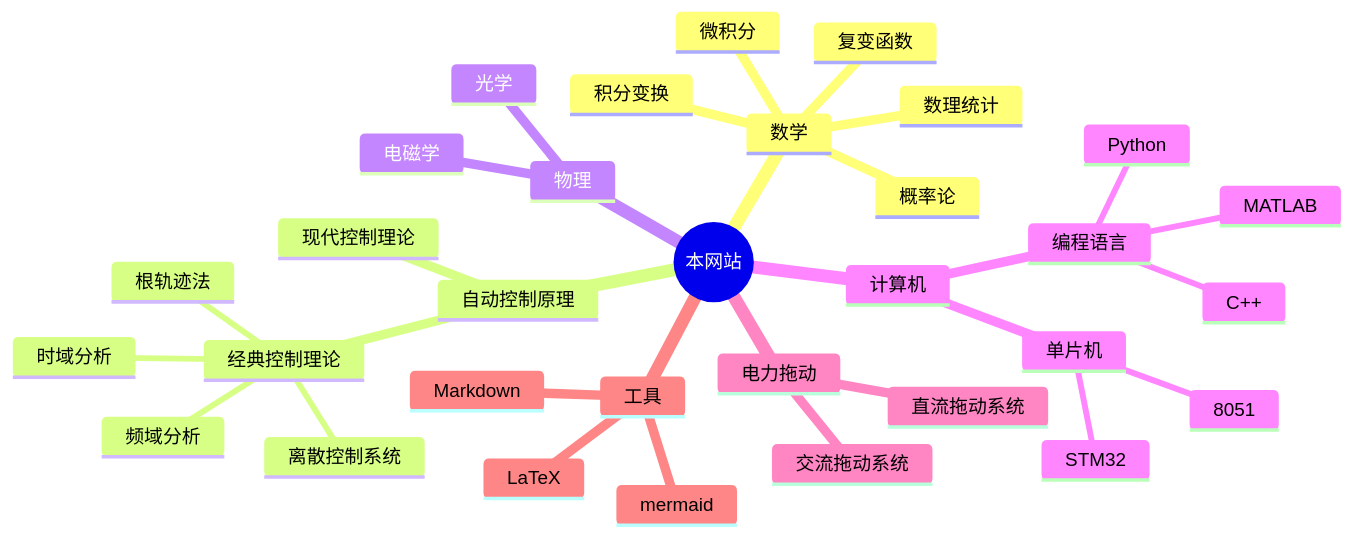
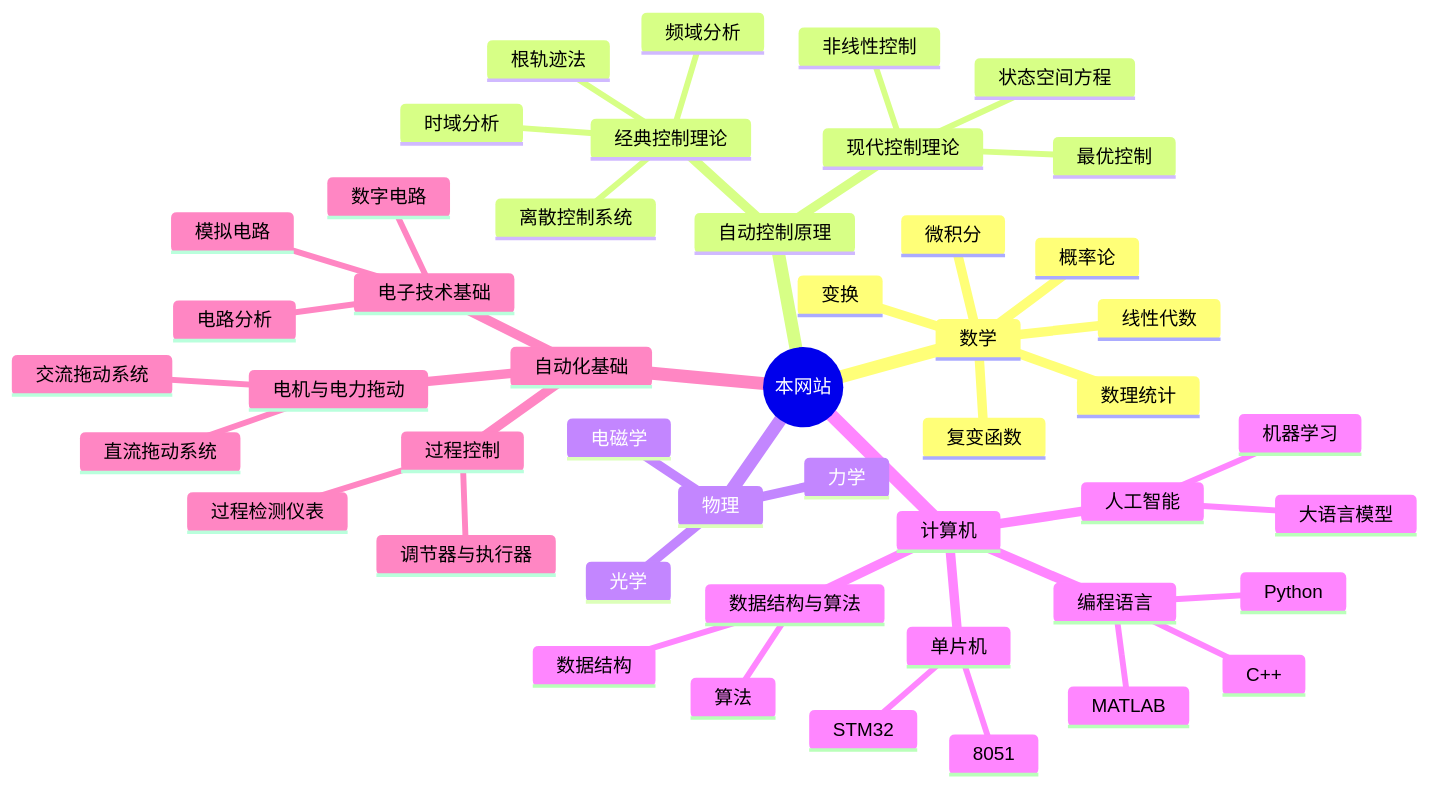
Before and after one commit to UNLINEARITY/Learn-Everything: the diagram in src/site/notes/Nonlinear.md, drawn with Mermaid. The commit also changed other lines of this file and 5 other files, not shown here.

````diff
--- a/src/site/notes/Nonlinear.md
+++ b/src/site/notes/Nonlinear.md
@@ -6,37 +6,50 @@
 ```mermaid
 mindmap
 root((本网站))
 	数学
 		微积分
 		概率论
 		数理统计
 		复变函数
-		积分变换
+		变换
+		线性代数
 	自动控制原理
 		经典控制理论
 		    时域分析
 		    根轨迹法
 		    频域分析
 		    离散控制系统
 		现代控制理论
-			
+			状态空间方程
+			非线性控制
+			最优控制
 	物理
 		电磁学
 		光学
+		力学
 	计算机
 		编程语言
 			MATLAB
 			Python
 			C++
 		单片机
 		    8051
 		    STM32
-	电力拖动
-		直流拖动系统
-		交流拖动系统
-	工具
-		Markdown
-		LaTeX
-		mermaid
-		
+		数据结构与算法
+			数据结构
+			算法
+		人工智能
+			机器学习
+			大语言模型
+	自动化基础
+		电子技术基础
+			电路分析
+			数字电路
+			模拟电路
+		电机与电力拖动
+			直流拖动系统
+			交流拖动系统
+		过程控制
+			过程检测仪表
+			调节器与执行器
 ```
````
